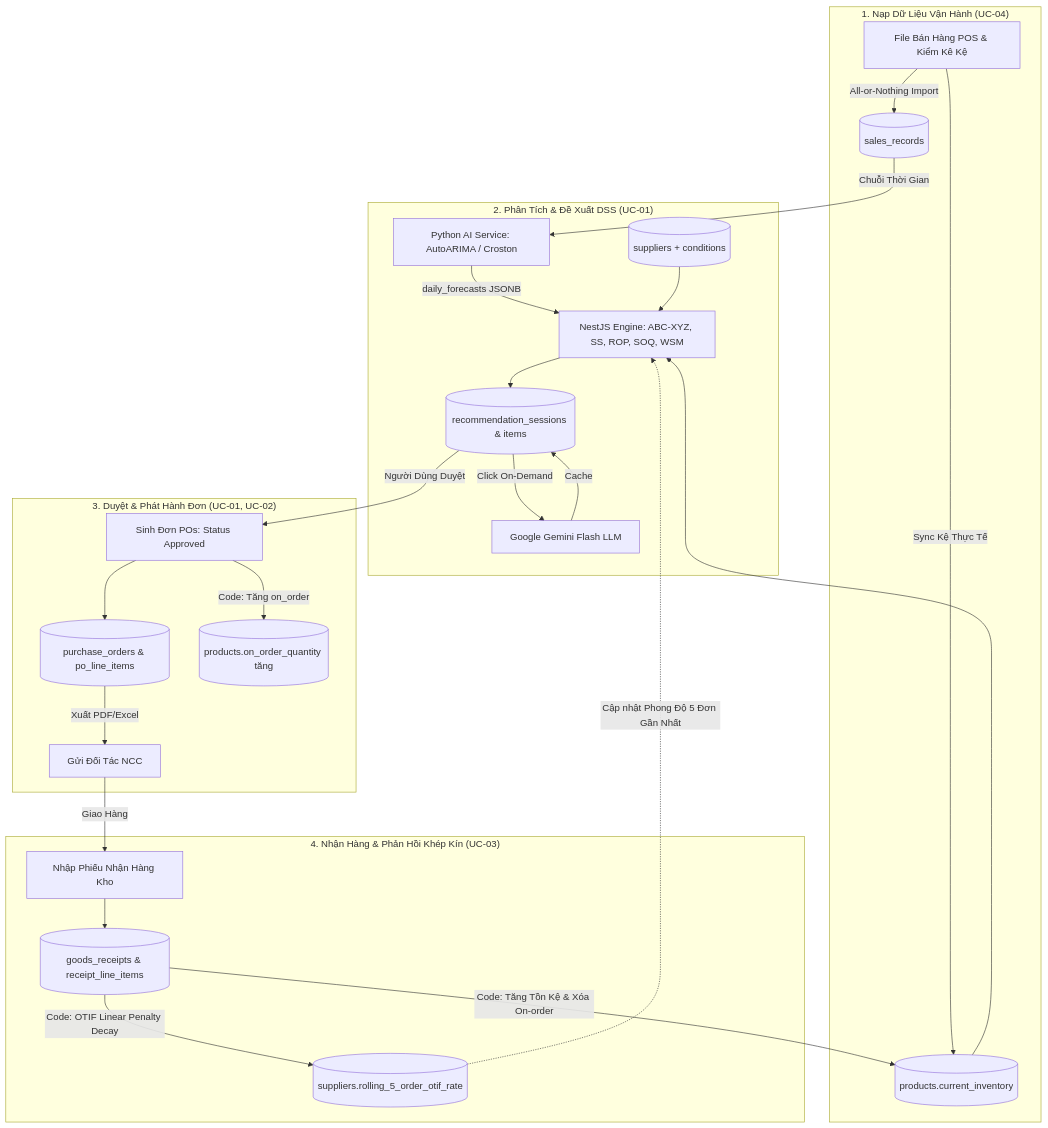
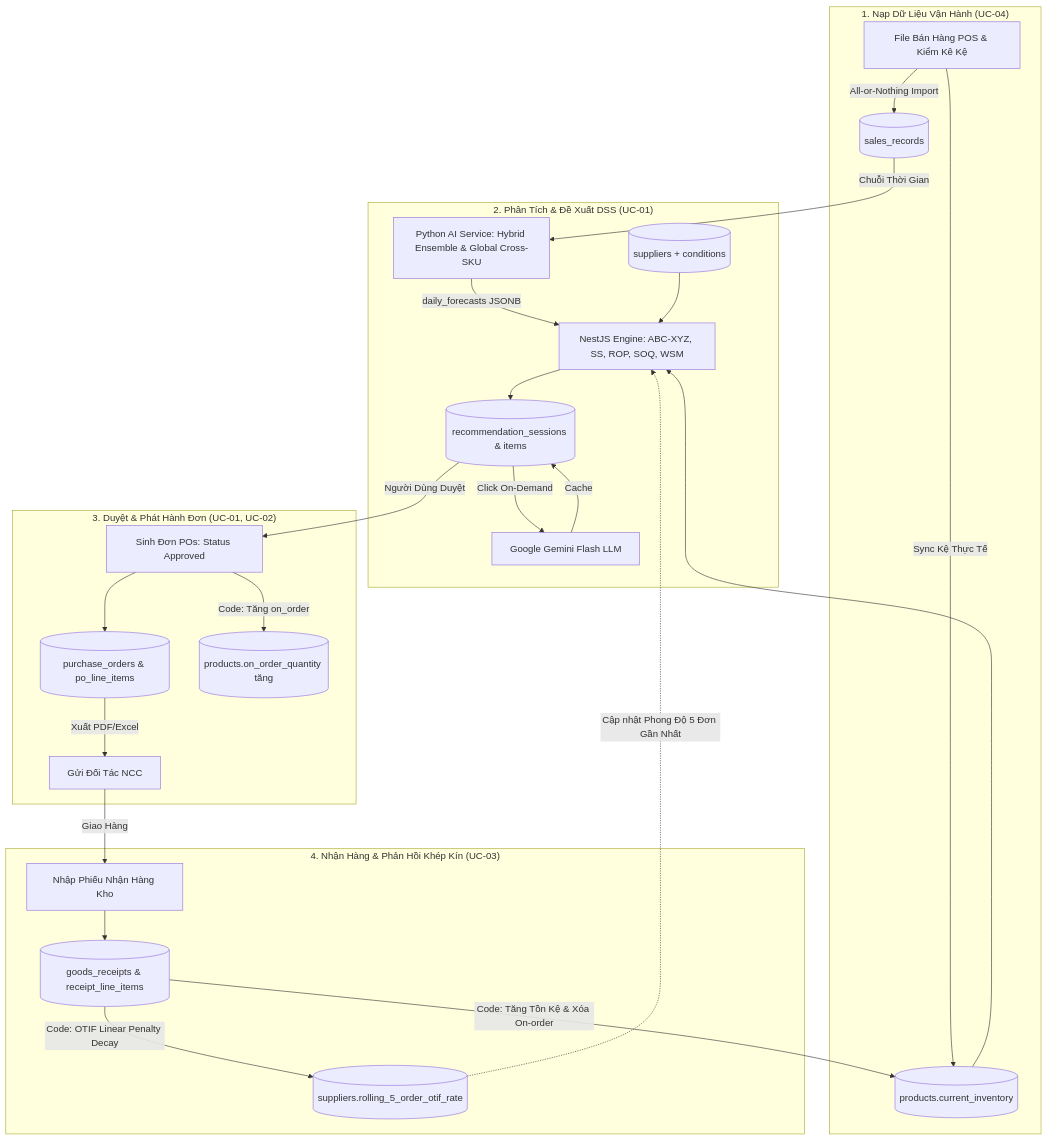
Before and after one commit to wolf205/dss-ai-Purchase-wolf205: the third of 3 diagrams in docs/technical/architecture.md, drawn with Mermaid. The commit also changed other lines of this file and 48 other files, not shown here.

````diff
--- a/docs/technical/architecture.md
+++ b/docs/technical/architecture.md
@@ -100,31 +100,31 @@
 ```mermaid
 graph TD
     subgraph G1 ["1. Nạp Dữ Liệu Vận Hành (UC-04)"]
         IMPORT[File Bán Hàng POS & Kiểm Kê Kệ] -->|All-or-Nothing Import| SR[(sales_records)]
         IMPORT -->|Sync Kệ Thực Tế| PROD[(products.current_inventory)]
     end
 
     subgraph G2 ["2. Phân Tích & Đề Xuất DSS (UC-01)"]
-        SR -->|Chuỗi Thời Gian| AI_SVC[Python AI Service: AutoARIMA / Croston]
+        SR -->|Chuỗi Thời Gian| AI_SVC[Python AI Service: Hybrid Ensemble & Global Cross-SKU]
         AI_SVC -->|daily_forecasts JSONB| CALC[NestJS Engine: ABC-XYZ, SS, ROP, SOQ, WSM]
         PROD & SUPP[(suppliers + conditions)] --> CALC
         CALC --> SESS[(recommendation_sessions & items)]
         SESS -->|Click On-Demand| GEMINI[Google Gemini Flash LLM]
         GEMINI -->|Cache| SESS
     end
 
     subgraph G3 ["3. Duyệt & Phát Hành Đơn (UC-01, UC-02)"]
         SESS -->|Người Dùng Duyệt| PO_CREATE[Sinh Đơn POs: Status Approved]
         PO_CREATE --> PO[(purchase_orders & po_line_items)]
         PO_CREATE -->|Code: Tăng on_order| PROD_ON[(products.on_order_quantity tăng)]
         PO -->|Xuất PDF/Excel| PARTNER[Gửi Đối Tác NCC]
     end
 
     subgraph G4 ["4. Nhận Hàng & Phản Hồi Khép Kín (UC-03)"]
         PARTNER -->|Giao Hàng| RECEIPT[Nhập Phiếu Nhận Hàng Kho]
         RECEIPT --> GR[(goods_receipts & receipt_line_items)]
         GR -->|Code: Tăng Tồn Kệ & Xóa On-order| PROD
         GR -->|Code: OTIF Linear Penalty Decay| SUPP_PERF[(suppliers.rolling_5_order_otif_rate)]
         SUPP_PERF -.->|Cập nhật Phong Độ 5 Đơn Gần Nhất| CALC
     end
 ```
````
